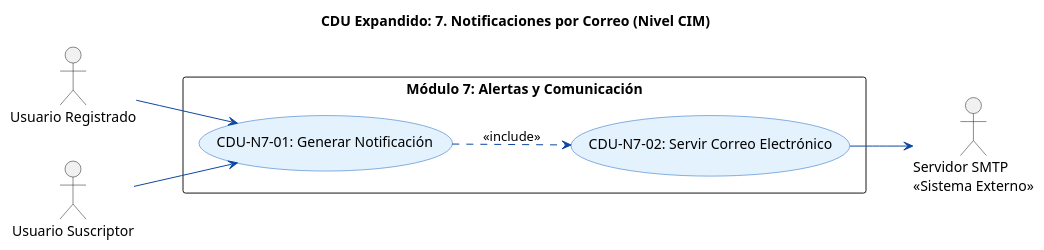
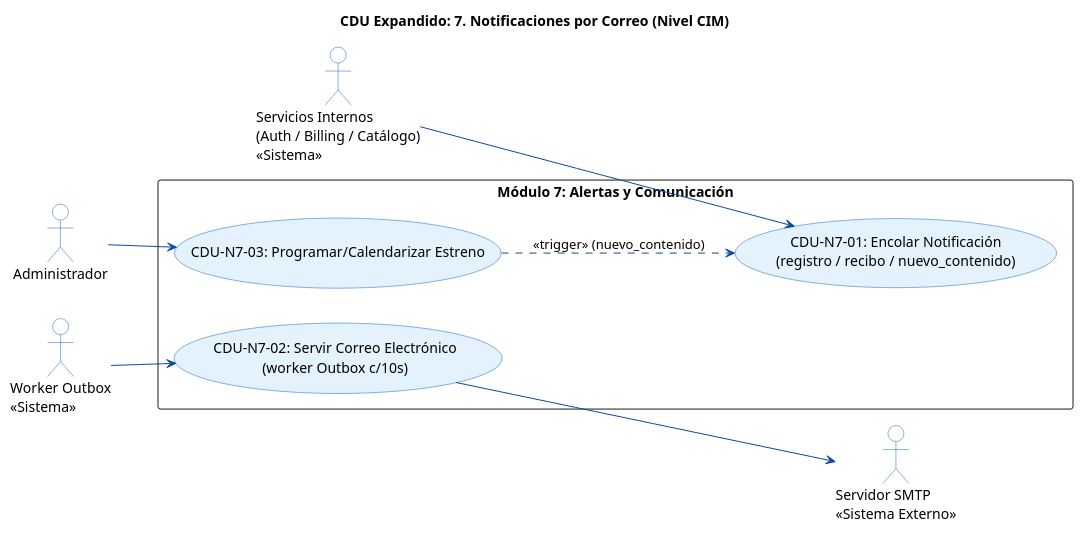
One commit to DMoises/-SA_PROYECTO_G4 changed the diagram in docs/temp/diagrams/casos de uso/7_notificaciones.puml. Above: the diagram before and after it, drawn with PlantUML. The commit also changed 3 other files, not shown here.

Commit message:
docs: reconstruir CDU 4-7 desde codigo y agregar casos de uso de Fase 2

```diff
--- a/docs/temp/diagrams/casos de uso/7_notificaciones.puml
+++ b/docs/temp/diagrams/casos de uso/7_notificaciones.puml
@@ -1,24 +1,34 @@
 @startuml
 left to right direction
 skinparam packageStyle rectangle
 skinparam usecase {
   BackgroundColor #E3F2FD
   BorderColor #1565C0
   ArrowColor #0D47A1
 }
+skinparam actor {
+  BackgroundColor #FFFFFF
+  BorderColor #1565C0
+}
 title CDU Expandido: 7. Notificaciones por Correo (Nivel CIM)
 
-actor "Usuario Registrado" as registrado
-actor "Usuario Suscriptor" as suscriptor
+actor "Servicios Internos\n(Auth / Billing / Catálogo)\n<<Sistema>>" as servicios
+actor "Administrador" as admin
+actor "Worker Outbox\n<<Sistema>>" as worker
 actor "Servidor SMTP\n<<Sistema Externo>>" as smtp
 
 package "Módulo 7: Alertas y Comunicación" {
-  usecase "CDU-N7-01: Generar Notificación" as generar
-  usecase "CDU-N7-02: Servir Correo Electrónico" as enviar
+  ' Base alineada con notification-service (EncolarCorreo + worker Outbox -> SMTP)
+  usecase "CDU-N7-01: Encolar Notificación\n(registro / recibo / nuevo_contenido)" as encolar
+  usecase "CDU-N7-02: Servir Correo Electrónico\n(worker Outbox c/10s)" as servir
+  ' Fase 2
+  usecase "CDU-N7-03: Programar/Calendarizar Estreno" as estreno
 }
 
-registrado --> generar
-suscriptor --> generar
-generar ..> enviar : <<include>>
-enviar --> smtp
+servicios --> encolar
+admin --> estreno
+worker --> servir
+servir --> smtp
+estreno ..> encolar : <<trigger>> (nuevo_contenido)
+
 @enduml
```
